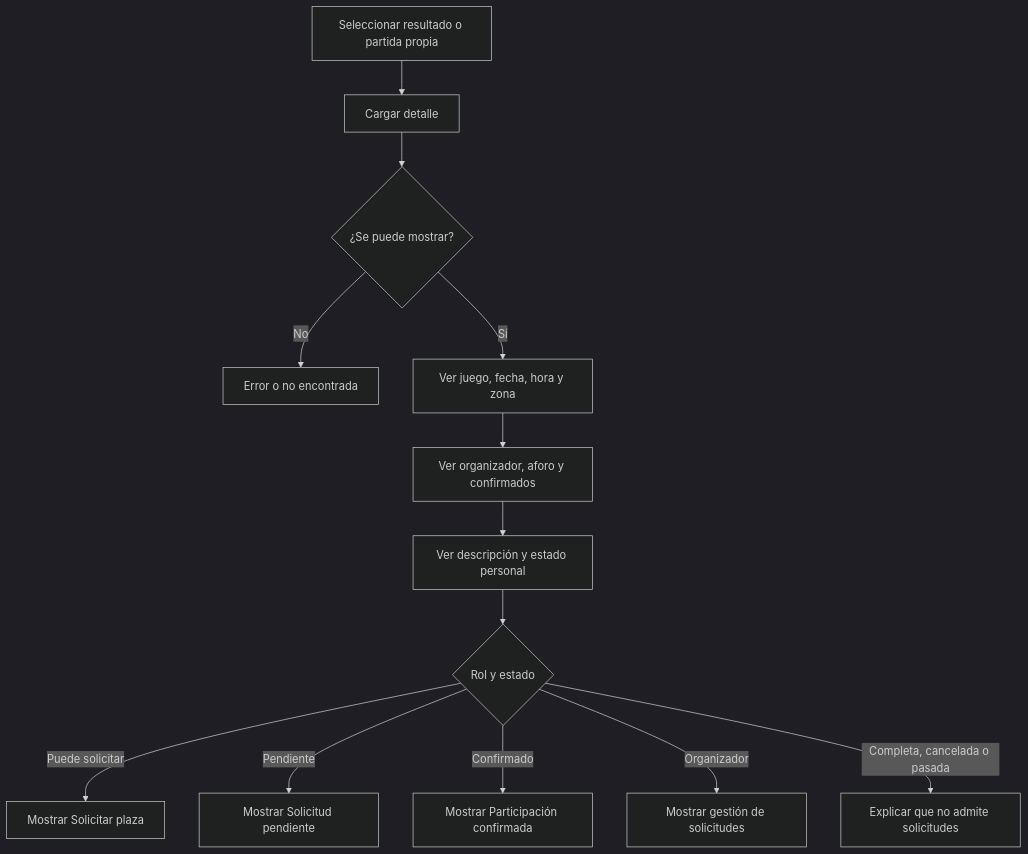
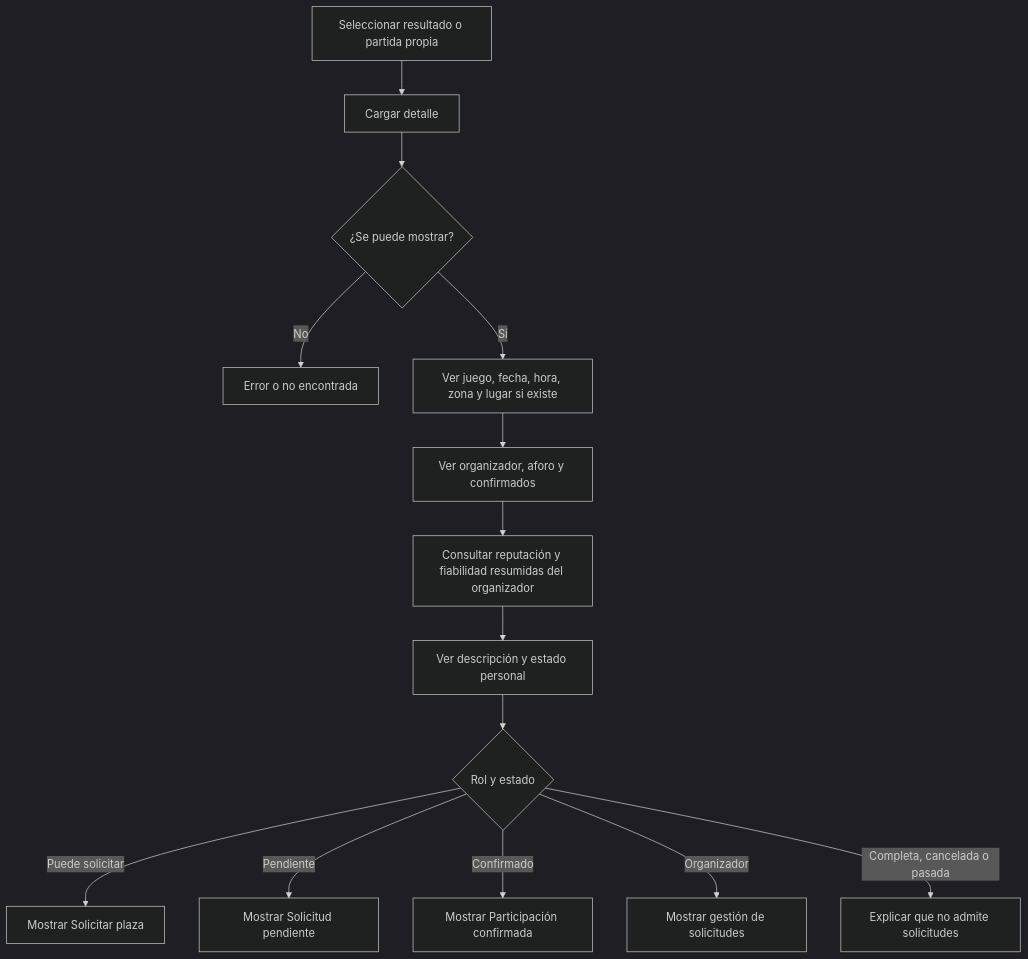
Before and after one commit to ChristianSalto/app-boardgames: the second of 7 diagrams in docs/USER_FLOWS.md, drawn with Mermaid (dark theme). The commit also changed other lines of this file and 38 other files, not shown here.

Commit message:
docs: complete phase 4 architecture baseline

````diff
--- a/docs/USER_FLOWS.md
+++ b/docs/USER_FLOWS.md
@@ -49,15 +50,16 @@
 ```mermaid
 flowchart TD
     A[Seleccionar resultado o partida propia] --> B[Cargar detalle]
     B --> C{¿Se puede mostrar?}
     C -- No --> D[Error o no encontrada]
-    C -- Sí --> E[Ver juego, fecha, hora y zona]
+    C -- Sí --> E[Ver juego, fecha, hora, zona y lugar si existe]
     E --> F[Ver organizador, aforo y confirmados]
-    F --> G[Ver descripción y estado personal]
+    F --> T[Consultar reputación y fiabilidad resumidas del organizador]
+    T --> G[Ver descripción y estado personal]
     G --> H{Rol y estado}
     H -- Puede solicitar --> I[Mostrar Solicitar plaza]
     H -- Pendiente --> J[Mostrar Solicitud pendiente]
     H -- Confirmado --> K[Mostrar Participación confirmada]
     H -- Organizador --> L[Mostrar gestión de solicitudes]
     H -- Completa, cancelada o pasada --> M[Explicar que no admite solicitudes]
 ```
````
